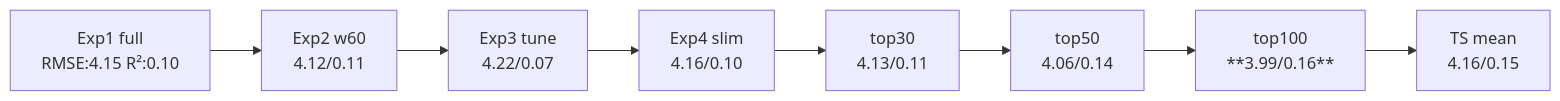
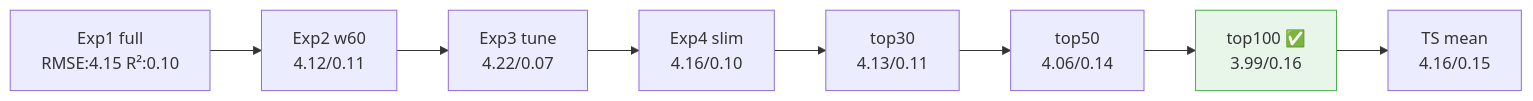
One commit to Misha-42/soda-ml-carbonation-control changed the fourth of 9 diagrams in experiments/soda-ml-nir_targetB_v6/README.md. Above: the diagram before and after it, drawn with Mermaid. The commit also changed other lines of this file, not shown here.

````diff
--- a/experiments/soda-ml-nir_targetB_v6/README.md
+++ b/experiments/soda-ml-nir_targetB_v6/README.md
@@ -96,10 +220,11 @@
 ```mermaid
 graph LR
     A[Exp1 full<br/>RMSE:4.15 R²:0.10] --> B[Exp2 w60<br/>4.12/0.11]
     B --> C[Exp3 tune<br/>4.22/0.07]
     C --> D[Exp4 slim<br/>4.16/0.10]
     D --> E[top30<br/>4.13/0.11]
     E --> F[top50<br/>4.06/0.14]
-    F --> G["top100<br/>**3.99/0.16**"]
+    F --> G["top100 ✅<br/>3.99/0.16"]
     G --> H[TS mean<br/>4.16/0.15]
+    style G fill:#e8f5e9,stroke:#4caf50
 ```
````
